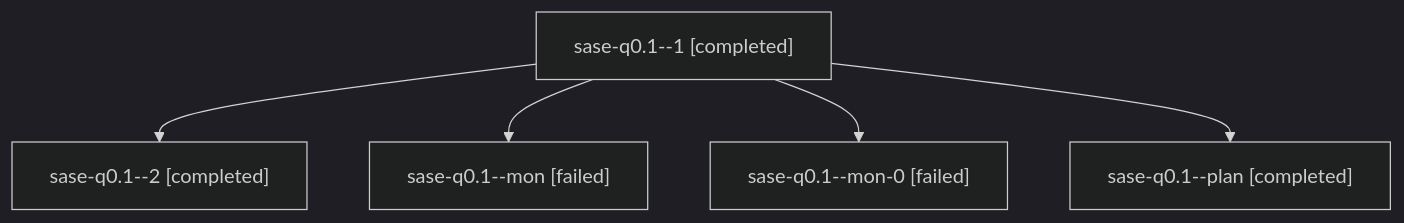
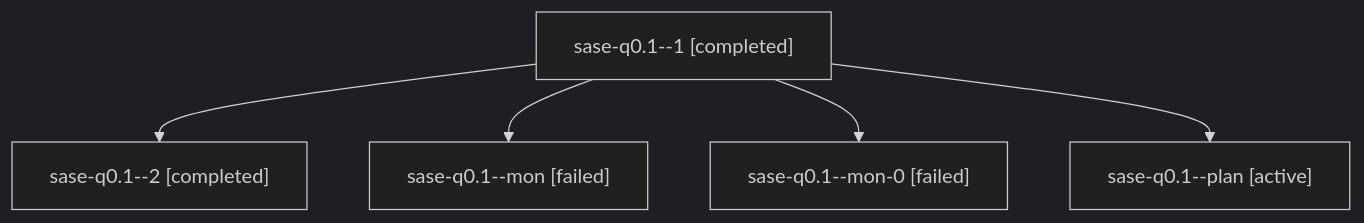
The diagram in families/bbugyi200.athena.sase-q0.1.md (sase-org/sase--agents), drawn with Mermaid (dark theme) before and after one commit. The commit also changed other lines of this file and 35830 other files, not shown here.

````diff
--- a/families/bbugyi200.athena.sase-q0.1.md
+++ b/families/bbugyi200.athena.sase-q0.1.md
@@ -9,12 +9,12 @@
 ```mermaid
 flowchart TD
   n0["sase-q0.1--1 [completed]"]
   n1["sase-q0.1--2 [completed]"]
   n0 --> n1
   n2["sase-q0.1--mon [failed]"]
   n0 --> n2
   n3["sase-q0.1--mon-0 [failed]"]
   n0 --> n3
-  n4["sase-q0.1--plan [completed]"]
+  n4["sase-q0.1--plan [active]"]
   n0 --> n4
 ```
````
